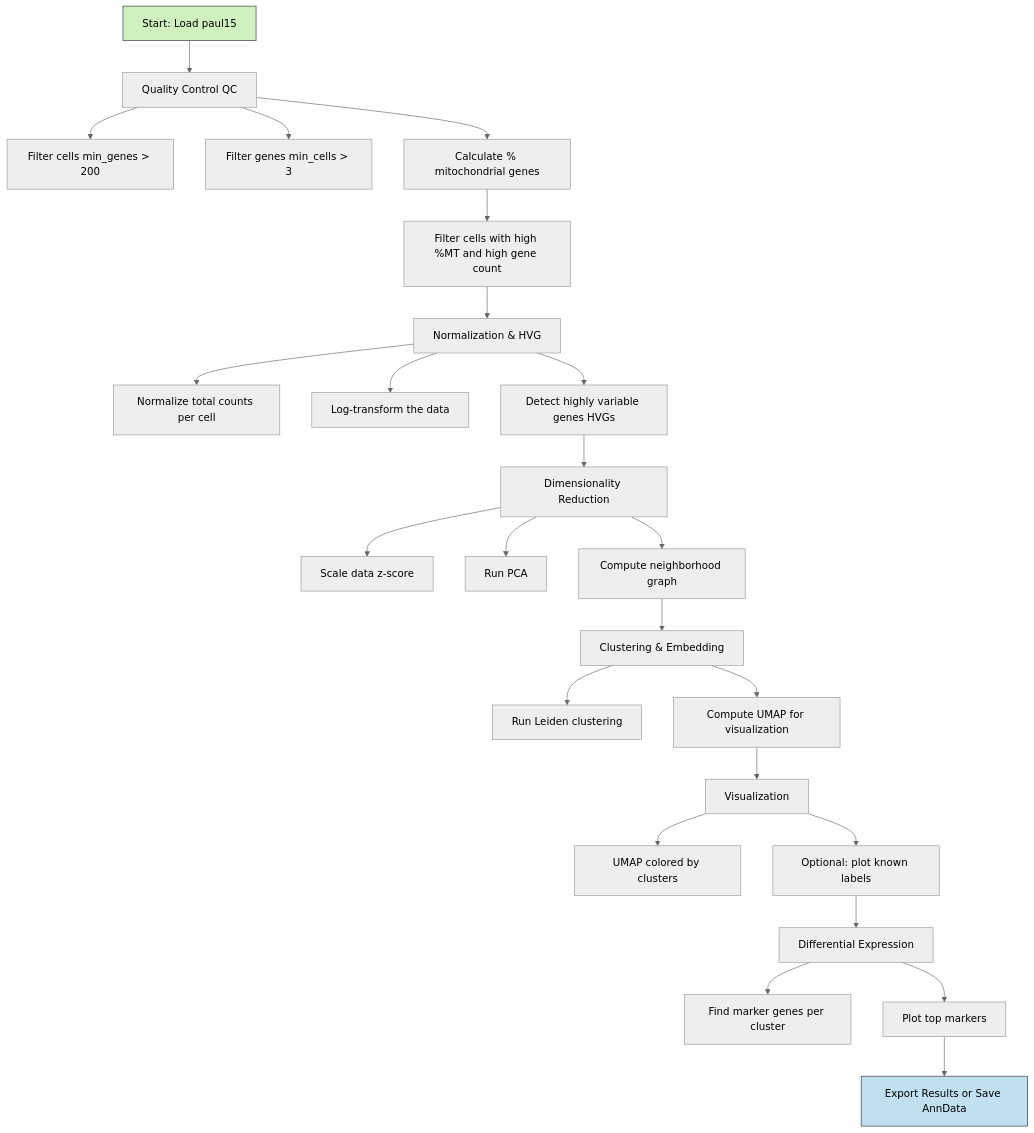
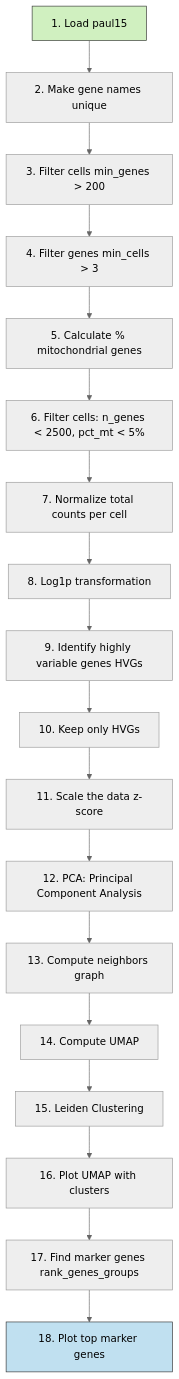
The diagram in pipe.md (sergiolitwiniuk85/singleCell), drawn with Mermaid (neutral theme) before and after one commit.

````diff
--- a/pipe.md
+++ b/pipe.md
@@ -1,35 +1,23 @@
 ```mermaid
 flowchart TD
-    A[Start: Load paul15] --> B[Quality Control QC]
-    B --> B1[Filter cells min_genes > 200]
-    B --> B2[Filter genes min_cells > 3]
-    B --> B3[Calculate % mitochondrial genes]
-    B3 --> B4[Filter cells with high %MT and high gene count]
+    A[1. Load paul15] --> B[2. Make gene names unique]
+    B --> C[3. Filter cells min_genes > 200]
+    C --> D[4. Filter genes min_cells > 3]
+    D --> E[5. Calculate % mitochondrial genes]
+    E --> F[6. Filter cells: n_genes < 2500, pct_mt < 5%]
+    F --> G[7. Normalize total counts per cell]
+    G --> H[8. Log1p transformation]
+    H --> I[9. Identify highly variable genes HVGs]
+    I --> J[10. Keep only HVGs]
+    J --> K[11. Scale the data z-score]
+    K --> L[12. PCA: Principal Component Analysis]
+    L --> M[13. Compute neighbors graph]
+    M --> N[14. Compute UMAP]
+    N --> O[15. Leiden Clustering]
+    O --> P[16. Plot UMAP with clusters]
+    P --> Q[17. Find marker genes rank_genes_groups]
+    Q --> R[18. Plot top marker genes]
 
-    B4 --> C[Normalization & HVG]
-    C --> C1[Normalize total counts per cell]
-    C --> C2[Log-transform the data]
-    C --> C3[Detect highly variable genes HVGs]
-
-    C3 --> D[Dimensionality Reduction]
-    D --> D1[Scale data z-score]
-    D --> D2[Run PCA]
-    D --> D3[Compute neighborhood graph]
-
-    D3 --> E[Clustering & Embedding]
-    E --> E1[Run Leiden clustering]
-    E --> E2[Compute UMAP for visualization]
-
-    E2 --> F[Visualization]
-    F --> F1[UMAP colored by clusters]
-    F --> F2[Optional: plot known labels]
-
-    F2 --> G[Differential Expression]
-    G --> G1[Find marker genes per cluster]
-    G --> G2[Plot top markers]
-
-    G2 --> H[Export Results or Save AnnData]
-
-    style A fill:#d0f0c0,stroke:#333,stroke-width:1px
-    style H fill:#c0e0f0,stroke:#333,stroke-width:1px
+    style A fill:#d0f0c0,stroke:#333
+    style R fill:#c0e0f0,stroke:#333
 ```
````
